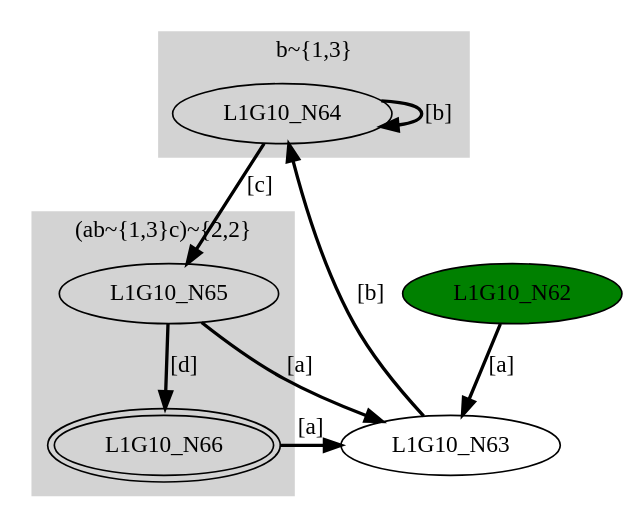
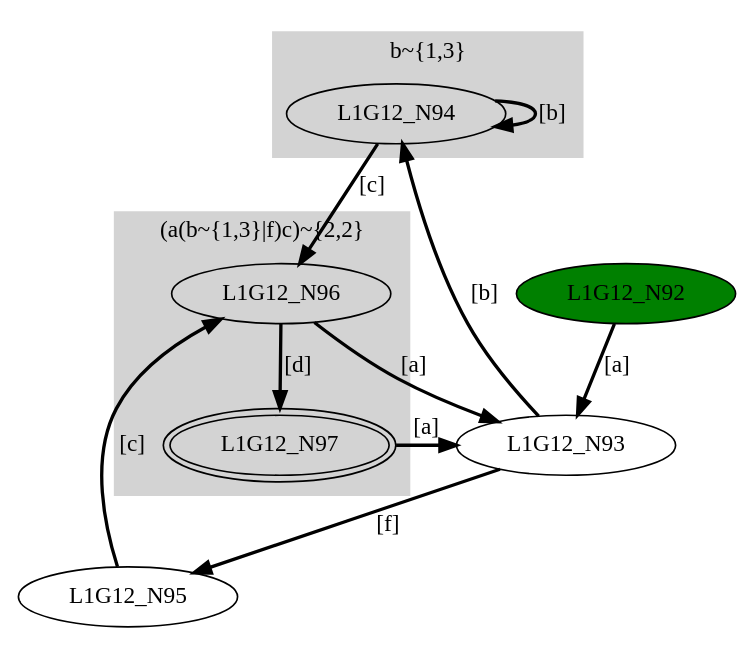
Before and after one commit to GDimitroulakos/EDUFLEX: the diagram in DFASimulator/Testbench/mergeDFA1.dot, drawn with Graphviz. The commit also changed 34 other files, not shown here.

```diff
--- a/DFASimulator/Testbench/mergeDFA1.dot
+++ b/DFASimulator/Testbench/mergeDFA1.dot
@@ -1,26 +1,29 @@
-digraph G10{
+digraph G12{
 	subgraph cluster0 {
 		node [style=filled];
 		style=filled;
 		color=lightgrey;
 		label ="b~{1,3}";
-		L1G10_N64;
+		L1G12_N94;
 	}	subgraph cluster1 {
 		node [style=filled];
 		style=filled;
 		color=lightgrey;
-		label ="(ab~{1,3}c)~{2,2}";
-		L1G10_N65;L1G10_N66;
-	}"L1G10_N62" [style=filled,fillcolor=green];
-"L1G10_N63";
-"L1G10_N64";
-"L1G10_N65";
-"L1G10_N66" [peripheries=2];
-"L1G10_N62"->"L1G10_N63" [style = bold, label = "[a]"];
-"L1G10_N63"->"L1G10_N64" [style = bold, label = "[b]"];
-"L1G10_N64"->"L1G10_N64" [style = bold, label = "[b]"];
-"L1G10_N64"->"L1G10_N65" [style = bold, label = "[c]"];
-"L1G10_N65"->"L1G10_N63" [style = bold, label = "[a]"];
-"L1G10_N65"->"L1G10_N66" [style = bold, label = "[d]"];
-"L1G10_N66"->"L1G10_N63" [style = bold, label = "[a]"];
+		label ="(a(b~{1,3}|f)c)~{2,2}";
+		L1G12_N96;L1G12_N97;
+	}"L1G12_N92" [style=filled,fillcolor=green];
+"L1G12_N93";
+"L1G12_N94";
+"L1G12_N95";
+"L1G12_N96";
+"L1G12_N97" [peripheries=2];
+"L1G12_N92"->"L1G12_N93" [style = bold, label = "[a]"];
+"L1G12_N93"->"L1G12_N94" [style = bold, label = "[b]"];
+"L1G12_N93"->"L1G12_N95" [style = bold, label = "[f]"];
+"L1G12_N94"->"L1G12_N94" [style = bold, label = "[b]"];
+"L1G12_N94"->"L1G12_N96" [style = bold, label = "[c]"];
+"L1G12_N95"->"L1G12_N96" [style = bold, label = "[c]"];
+"L1G12_N96"->"L1G12_N93" [style = bold, label = "[a]"];
+"L1G12_N96"->"L1G12_N97" [style = bold, label = "[d]"];
+"L1G12_N97"->"L1G12_N93" [style = bold, label = "[a]"];
 }
```
